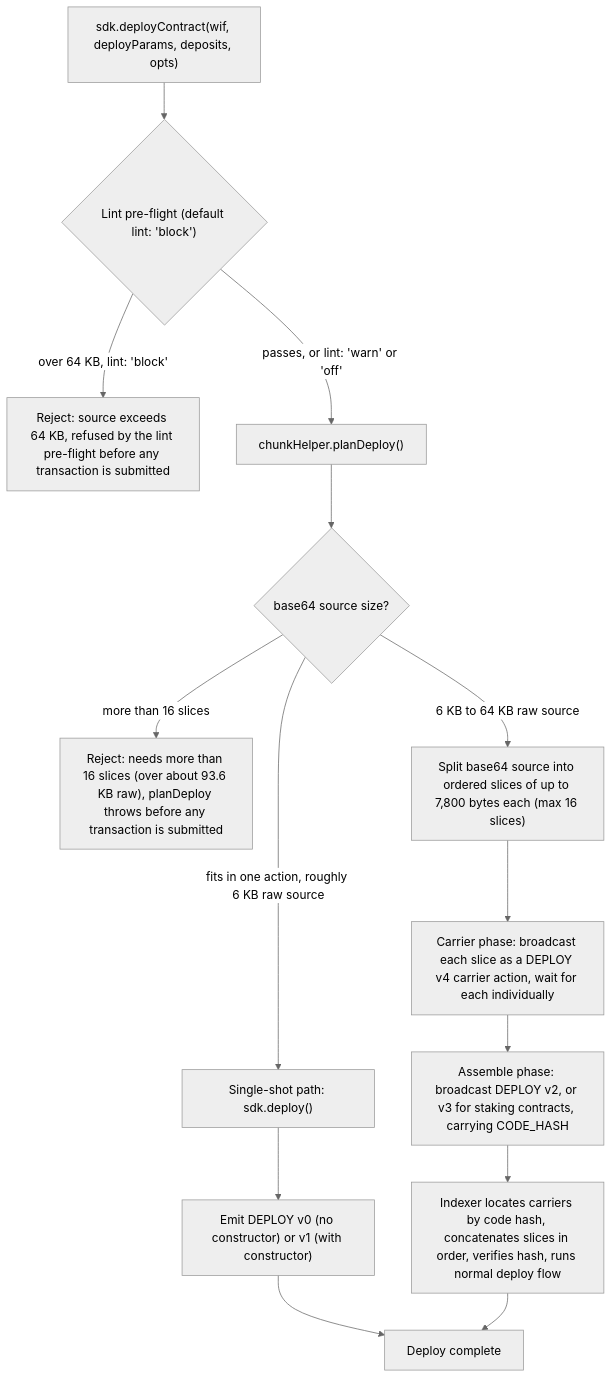
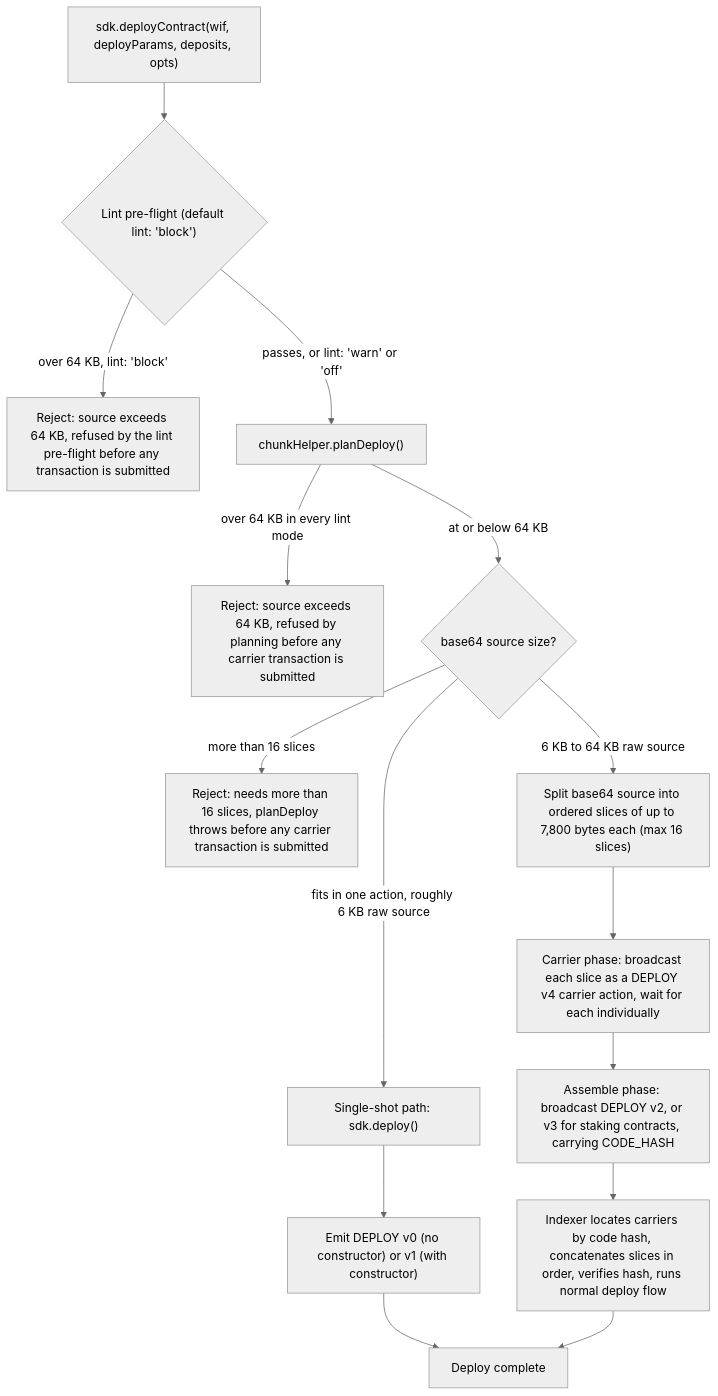
One commit to XChain-Platform/xchain-documentation changed the diagram in components/sdk/contracts.md. Above: the diagram before and after it, drawn with Mermaid (neutral theme). The commit also changed other lines of this file and 1 other file, not shown here.

Commit message:
Document contract planning size enforcement
State that deployment planning applies the 64 KB source limit independently of lint mode. Add a corpus guard and falsification case for the former planning-gap wording.

````diff
--- a/components/sdk/contracts.md
+++ b/components/sdk/contracts.md
@@ -85,30 +84,32 @@
 ```mermaid
 flowchart TD
     START["sdk.deployContract(wif, deployParams, deposits, opts)"]
     LINT{"Lint pre-flight (default lint: 'block')"}
     LINT_BIG["Reject: source exceeds 64 KB, refused by the lint pre-flight before any transaction is submitted"]
     PLAN["chunkHelper.planDeploy()"]
+    PLAN_BIG["Reject: source exceeds 64 KB, refused by planning before any carrier transaction is submitted"]
     SIZE{"base64 source size?"}
-    TOO_BIG["Reject: needs more than 16 slices (over about 93.6 KB raw), planDeploy throws before any transaction is submitted"]
+    TOO_BIG["Reject: needs more than 16 slices, planDeploy throws before any carrier transaction is submitted"]
     SINGLE["Single-shot path: sdk.deploy()"]
     SINGLE_EMIT["Emit DEPLOY v0 (no constructor) or v1 (with constructor)"]
     CHUNK_SPLIT["Split base64 source into ordered slices of up to 7,800 bytes each (max 16 slices)"]
     CARRIER["Carrier phase: broadcast each slice as a DEPLOY v4 carrier action, wait for each individually"]
     ASSEMBLE["Assemble phase: broadcast DEPLOY v2, or v3 for staking contracts, carrying CODE_HASH"]
     INDEXER["Indexer locates carriers by code hash, concatenates slices in order, verifies hash, runs normal deploy flow"]
     DONE["Deploy complete"]
 
     START --> LINT
     LINT -->|"over 64 KB, lint: 'block'"| LINT_BIG
     LINT -->|"passes, or lint: 'warn' or 'off'"| PLAN
-    PLAN --> SIZE
+    PLAN -->|"over 64 KB in every lint mode"| PLAN_BIG
+    PLAN -->|"at or below 64 KB"| SIZE
     SIZE -->|"fits in one action, roughly 6 KB raw source"| SINGLE
     SINGLE --> SINGLE_EMIT
     SINGLE_EMIT --> DONE
     SIZE -->|"6 KB to 64 KB raw source"| CHUNK_SPLIT
     CHUNK_SPLIT --> CARRIER
     CARRIER --> ASSEMBLE
     ASSEMBLE --> INDEXER
     INDEXER --> DONE
     SIZE -->|"more than 16 slices"| TOO_BIG
 ```
````
